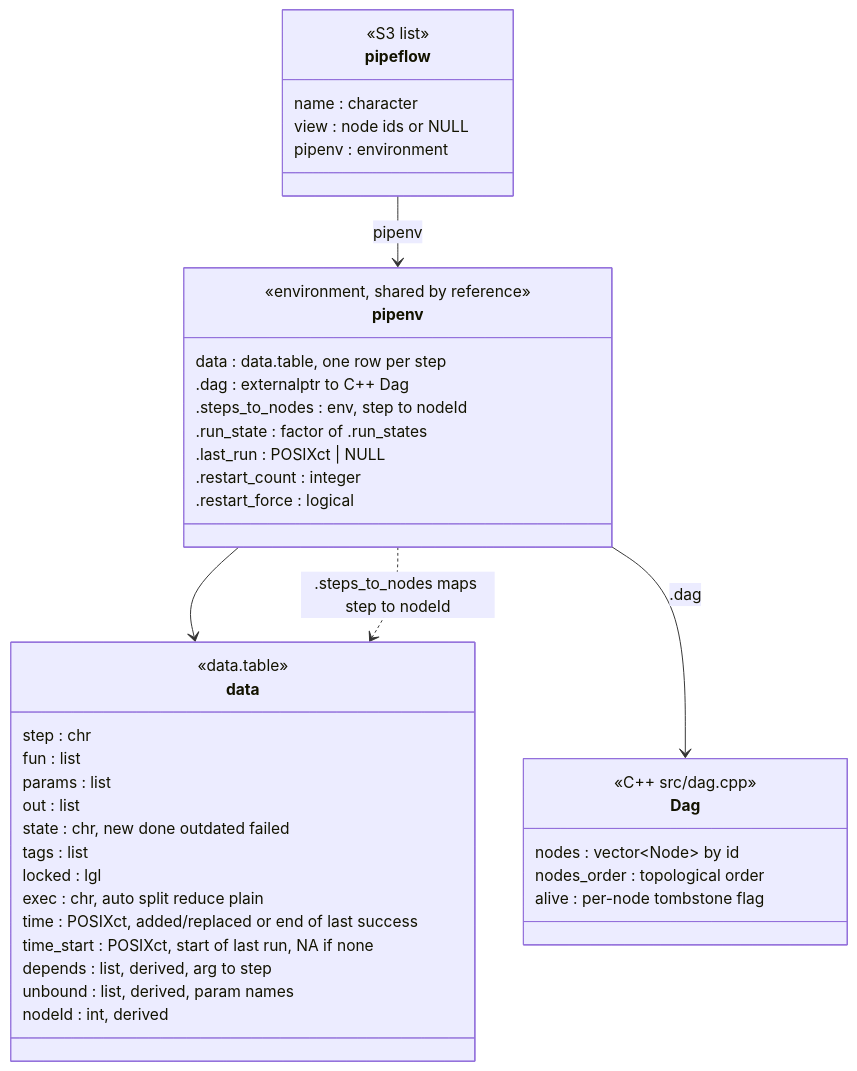
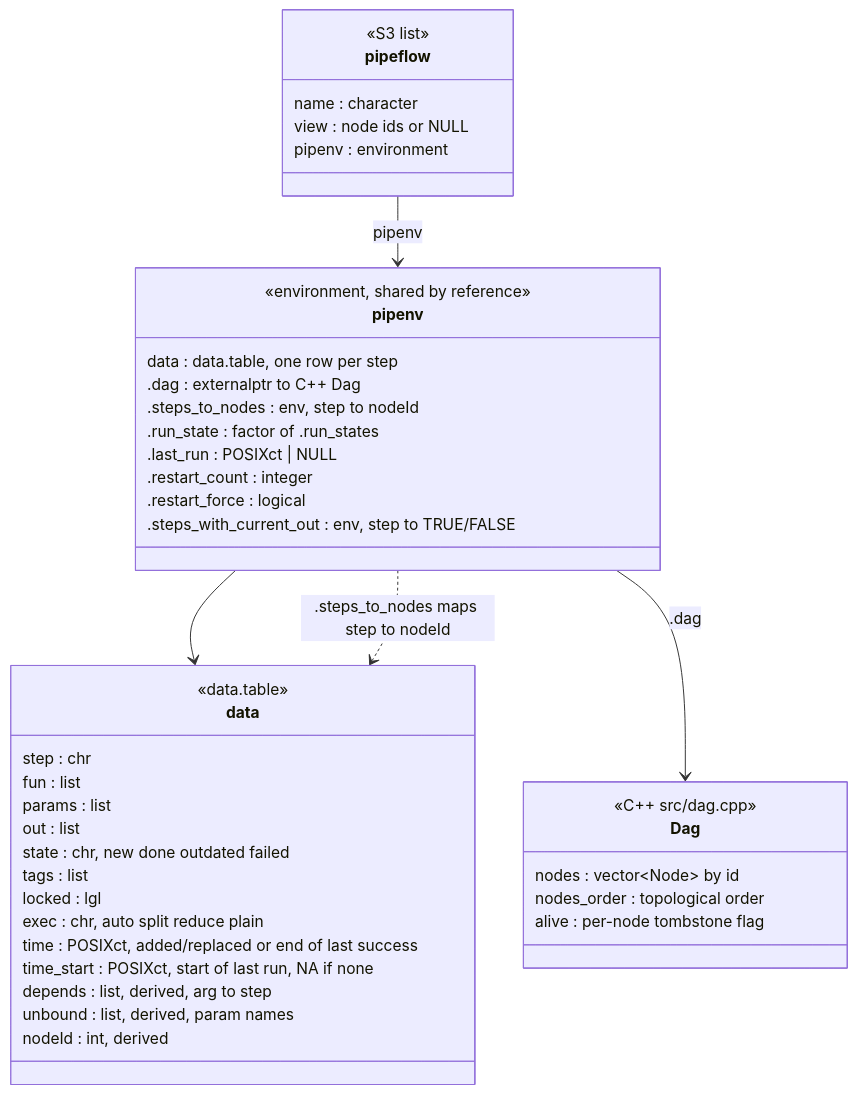
The second of 8 diagrams in dev/pipeflow.md (rpahl/pipeflow), drawn with Mermaid before and after one commit. The commit also changed other lines of this file and 2 other files, not shown here.

First line of the commit message:
refactor: create .steps_with_current_out in pip_new()

````diff
--- a/dev/pipeflow.md
+++ b/dev/pipeflow.md
@@ -65,45 +65,46 @@
 ```mermaid
 classDiagram
     class pipeflow {
         <<S3 list>>
         name : character
         view : node ids or NULL
         pipenv : environment
     }
     class pipenv {
         <<environment, shared by reference>>
         data : data.table, one row per step
         .dag : externalptr to C++ Dag
         .steps_to_nodes : env, step to nodeId
         .run_state : factor of .run_states
         .last_run : POSIXct | NULL
         .restart_count : integer
         .restart_force : logical
+        .steps_with_current_out : env, step to TRUE/FALSE
     }
     class data {
         <<data.table>>
         step : chr
         fun : list
         params : list
         out : list
         state : chr, new done outdated failed
         tags : list
         locked : lgl
         exec : chr, auto split reduce plain
         time : POSIXct, added/replaced or end of last success
         time_start : POSIXct, start of last run, NA if none
         depends : list, derived, arg to step
         unbound : list, derived, param names
         nodeId : int, derived
     }
     class Dag {
         <<C++ src/dag.cpp>>
         nodes : vector~Node~ by id
         nodes_order : topological order
         alive : per-node tombstone flag
     }
     pipeflow --> pipenv : pipenv
     pipenv --> data
     pipenv --> Dag : .dag
     pipenv ..> data : .steps_to_nodes maps step to nodeId
 ```
````
